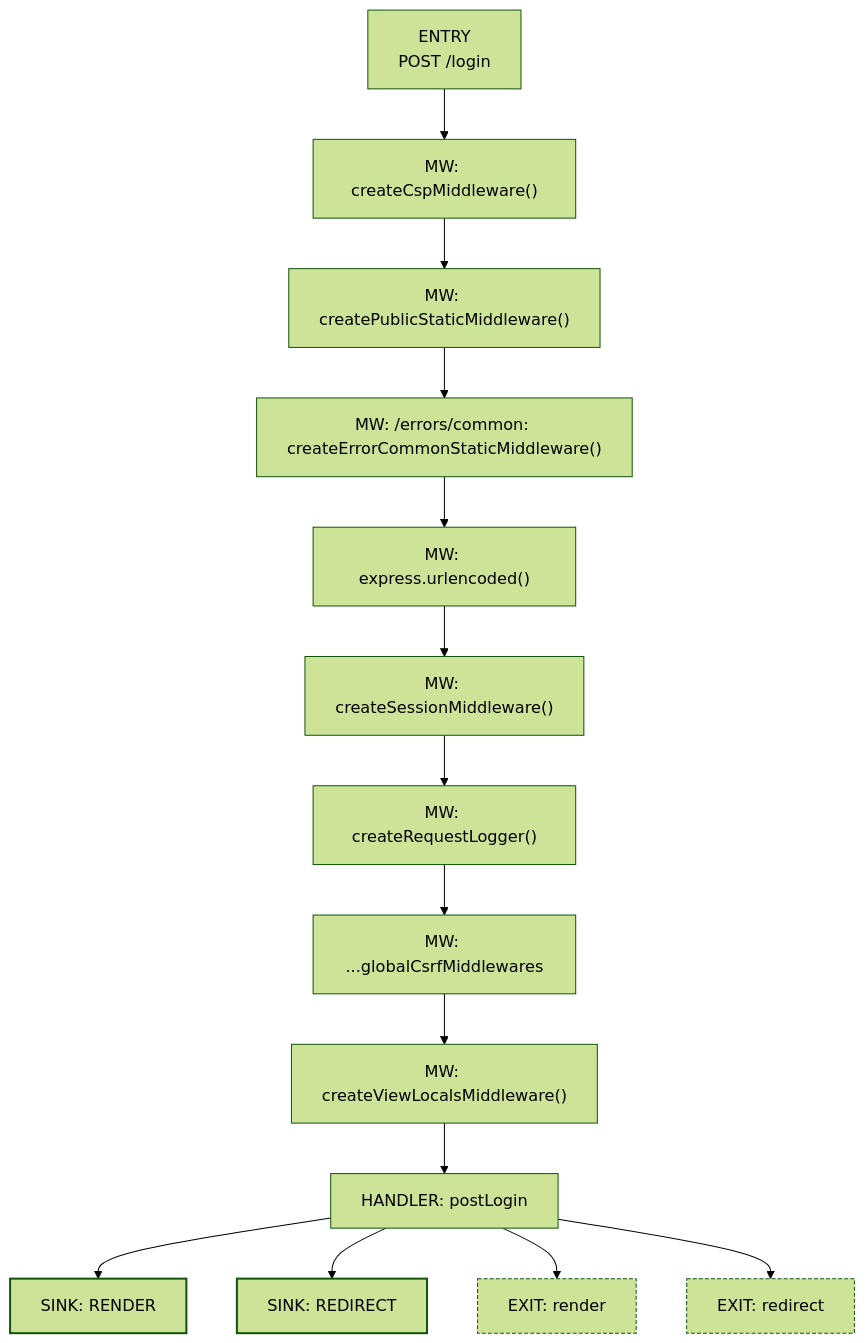
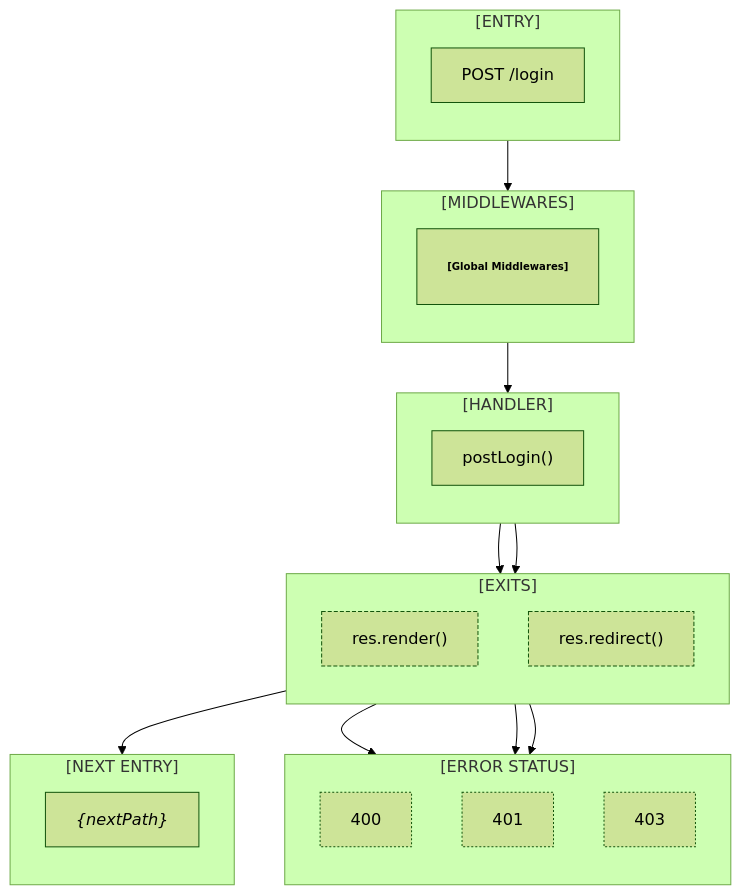
One commit to irondenker/my-code-my-kill changed the diagram in docs/flowmap/flows/POST__login.mmd. Above: the diagram before and after it, drawn with Mermaid (forest theme). The commit also changed 93 other files, not shown here.

Commit message:
📚 Docs: Regenerate flowmap artifacts for updated endpoint maps

```diff
--- a/docs/flowmap/flows/POST__login.mmd
+++ b/docs/flowmap/flows/POST__login.mmd
@@ -1,19 +1,43 @@
 flowchart TD
-ENTRY["ENTRY\nPOST /login"]
-ENTRY --> MW1["MW: createCspMiddleware()"]
-MW1 --> MW2["MW: createPublicStaticMiddleware()"]
-MW2 --> MW3["MW: /errors/common: createErrorCommonStaticMiddleware()"]
-MW3 --> MW4["MW: express.urlencoded()"]
-MW4 --> MW5["MW: createSessionMiddleware()"]
-MW5 --> MW6["MW: createRequestLogger()"]
-MW6 --> MW7["MW: ...globalCsrfMiddlewares"]
-MW7 --> MW8["MW: createViewLocalsMiddleware()"]
-MW8 --> HANDLER["HANDLER: postLogin"]
-HANDLER --> SINK1["SINK: RENDER"]
-HANDLER --> SINK2["SINK: REDIRECT"]
-HANDLER --> EXIT1["EXIT: render"]
-HANDLER --> EXIT2["EXIT: redirect"]
+subgraph ENTRY_BLOCK["[ENTRY]"]
+direction TB
+ENTRY["POST /login"]
+end
+subgraph MIDDLEWARES["[MIDDLEWARES]"]
+direction TB
+MIDDLEWARE1["<b>[Global Middlewares]</b>"]
+end
+ENTRY --> MIDDLEWARE1
+subgraph HANDLER_BLOCK["[HANDLER]"]
+direction TB
+HANDLER["postLogin()"]
+end
+MIDDLEWARE1 --> HANDLER
+subgraph ERROR_STATUS["[ERROR STATUS]"]
+direction TB
+RDIAG1["400"]
+RDIAG2["401"]
+RDIAG3["403"]
+end
+subgraph EXITS["[EXITS]"]
+direction TB
+EXIT1["res.render()"]
+EXIT2["res.redirect()"]
+end
+HANDLER --> EXIT1
+HANDLER --> EXIT2
+EXIT1 --> RDIAG1
+EXIT1 --> RDIAG2
+EXIT1 --> RDIAG3
+subgraph NEXT_ENTRY["[NEXT ENTRY]"]
+direction TB
+NEXT_ENTRY1["<i>{nextPath}</i>"]
+end
+EXIT2 --> NEXT_ENTRY1
+classDef middleware font-size:10px,padding:2px,stroke-width:1;
+classDef diagnostics stroke-dasharray: 2 2;
 classDef sink stroke-width:2;
 classDef exit stroke-dasharray: 4 2;
-class SINK1,SINK2 sink;
+class MIDDLEWARE1 middleware;
+class RDIAG1,RDIAG2,RDIAG3 diagnostics;
 class EXIT1,EXIT2 exit;
```
